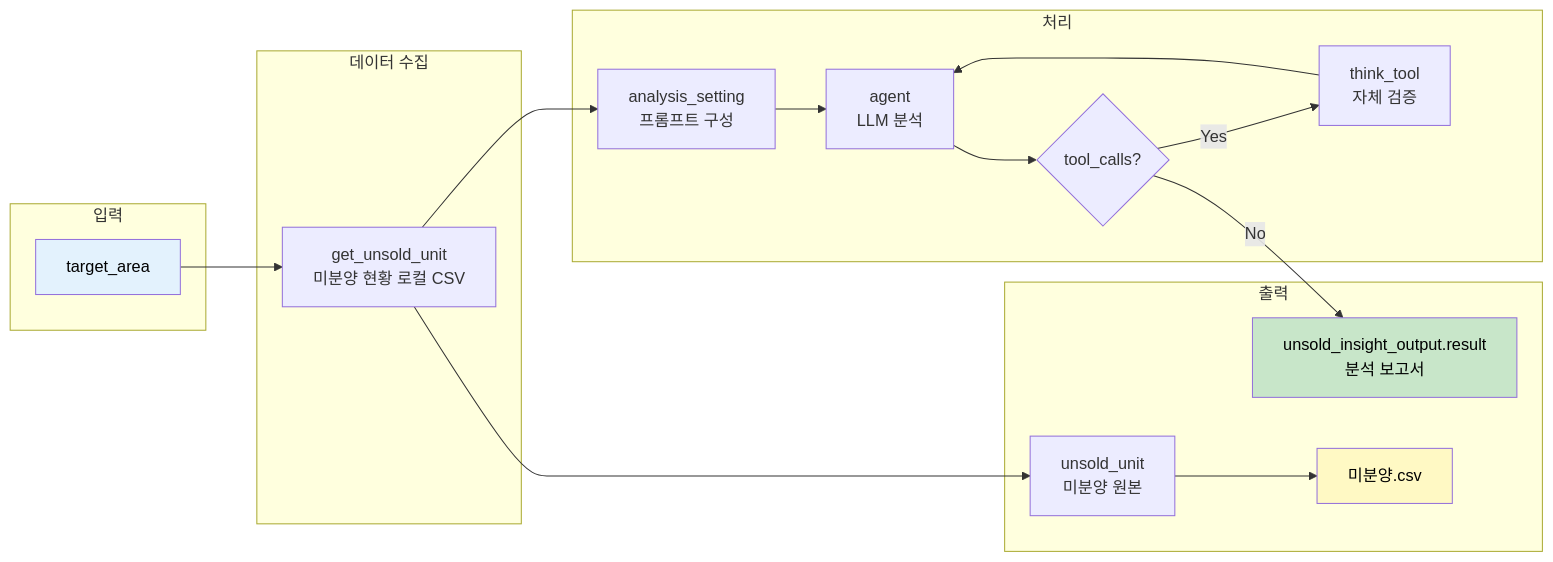
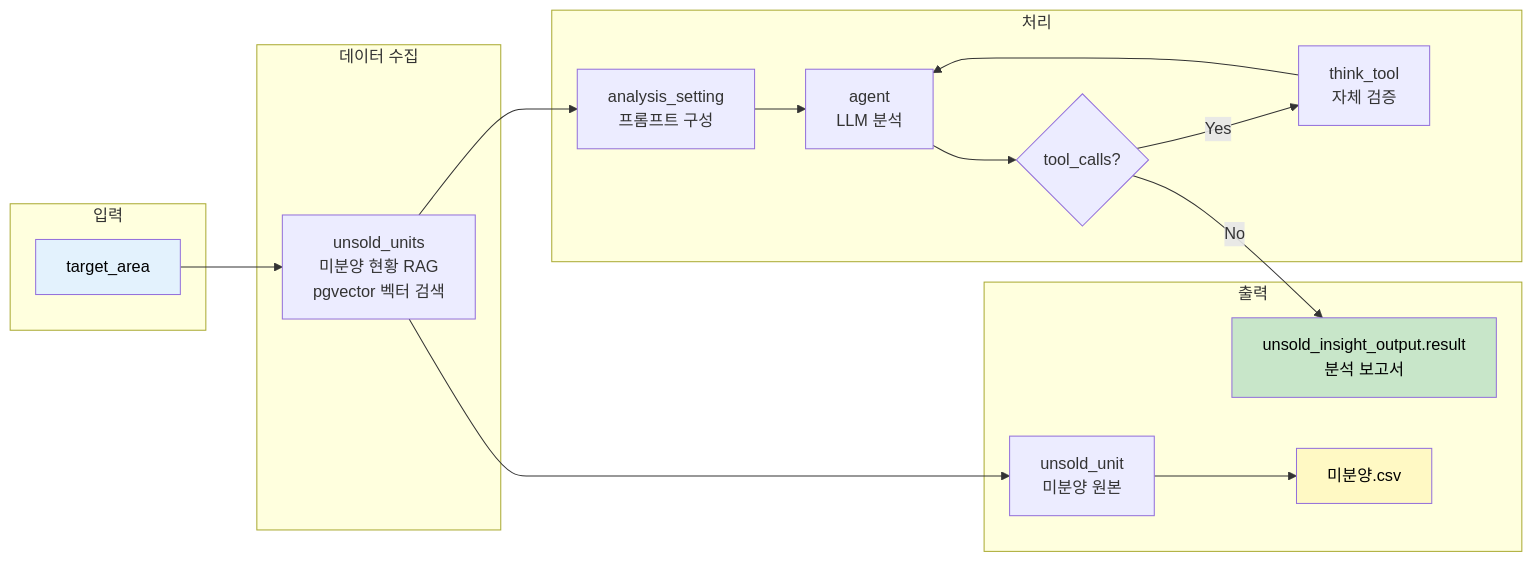
Before and after one commit to immortal0900/ALL_FOR_ONE: the ninth of 21 diagrams in docs/API_FLOW.md, drawn with Mermaid. The commit also changed other lines of this file and 2 other files, not shown here.

````diff
--- a/docs/API_FLOW.md
+++ b/docs/API_FLOW.md
@@ -552,32 +583,32 @@
 ```mermaid
 flowchart LR
     subgraph Input["입력"]
         I1[target_area]
     end
     
     subgraph DataCollection["데이터 수집"]
-        D1[get_unsold_unit<br/>미분양 현황 로컬 CSV]
+        D1[unsold_units<br/>미분양 현황 RAG<br/>pgvector 벡터 검색]
     end
     
     subgraph Processing["처리"]
         P1[analysis_setting<br/>프롬프트 구성]
         P2[agent<br/>LLM 분석]
         P3{tool_calls?}
         P4[think_tool<br/>자체 검증]
     end
     
     subgraph Output["출력"]
         O1[unsold_insight_output.result<br/>분석 보고서]
         O2[unsold_unit<br/>미분양 원본]
         O3[미분양.csv]
     end
     
     I1 --> D1 --> P1 --> P2 --> P3
     P3 -->|Yes| P4 --> P2
     P3 -->|No| O1
     D1 --> O2 --> O3
     
     style I1 fill:#e3f2fd,color:#000
     style O1 fill:#c8e6c9,color:#000
     style O3 fill:#fff9c4,color:#000
 ```
````
